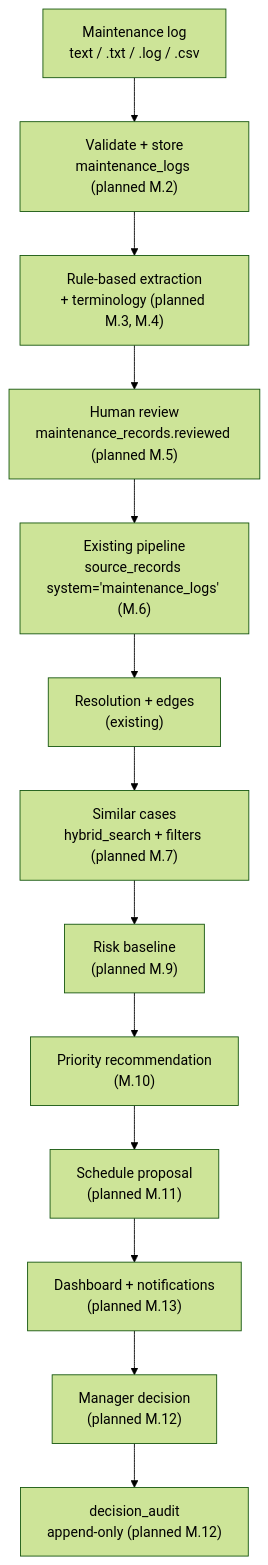
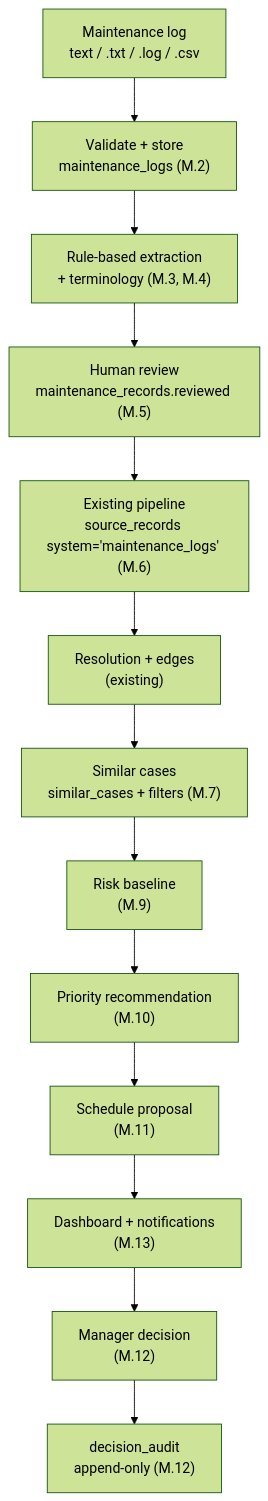
Before and after one commit to Kush-Saharan/atlogs: the first of 4 diagrams in docs/architecture.md, drawn with Mermaid (forest theme). The commit also changed other lines of this file and 6 other files, not shown here.

Commit message:
test: end-to-end spec §6 P-104 flow; docs and README match the code (M.14)

````diff
--- a/docs/architecture.md
+++ b/docs/architecture.md
@@ -27,15 +27,15 @@
 ```mermaid
 flowchart TB
-    L["Maintenance log<br/>text / .txt / .log / .csv"] --> V["Validate + store<br/>maintenance_logs (planned M.2)"]
-    V --> X["Rule-based extraction<br/>+ terminology (planned M.3, M.4)"]
-    X --> RV["Human review<br/>maintenance_records.reviewed (planned M.5)"]
+    L["Maintenance log<br/>text / .txt / .log / .csv"] --> V["Validate + store<br/>maintenance_logs (M.2)"]
+    V --> X["Rule-based extraction<br/>+ terminology (M.3, M.4)"]
+    X --> RV["Human review<br/>maintenance_records.reviewed (M.5)"]
     RV --> P["Existing pipeline<br/>source_records system='maintenance_logs' (M.6)"]
     P --> G["Resolution + edges<br/>(existing)"]
-    G --> S["Similar cases<br/>hybrid_search + filters (planned M.7)"]
-    S --> RK["Risk baseline<br/>(planned M.9)"]
+    G --> S["Similar cases<br/>similar_cases + filters (M.7)"]
+    S --> RK["Risk baseline<br/>(M.9)"]
     RK --> PR["Priority recommendation<br/>(M.10)"]
-    PR --> SC["Schedule proposal<br/>(planned M.11)"]
-    SC --> D["Dashboard + notifications<br/>(planned M.13)"]
-    D --> H["Manager decision<br/>(planned M.12)"]
-    H --> A["decision_audit<br/>append-only (planned M.12)"]
+    PR --> SC["Schedule proposal<br/>(M.11)"]
+    SC --> D["Dashboard + notifications<br/>(M.13)"]
+    D --> H["Manager decision<br/>(M.12)"]
+    H --> A["decision_audit<br/>append-only (M.12)"]
 ```
````
